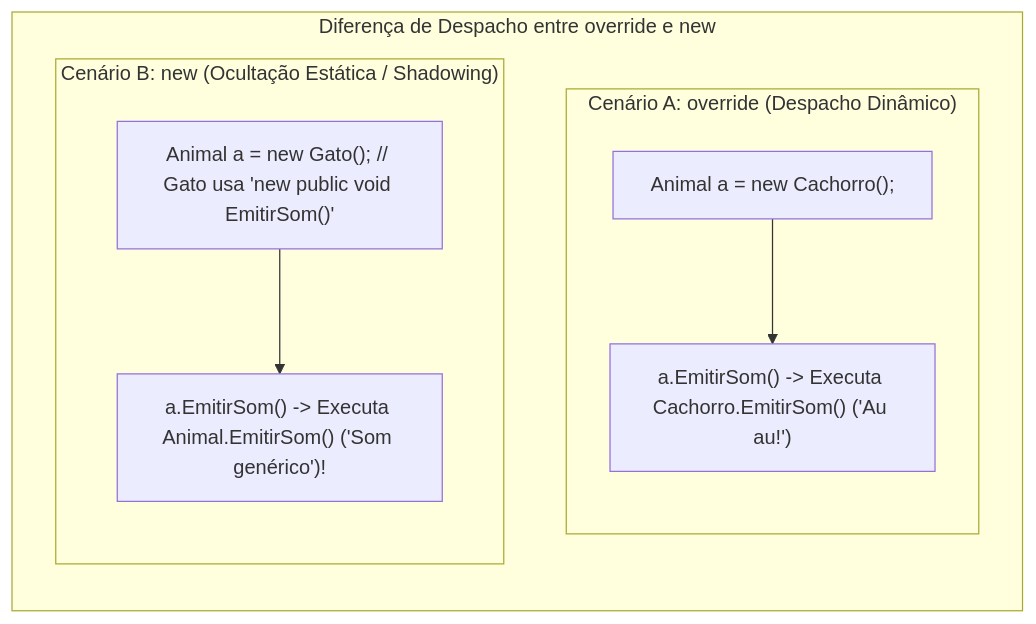
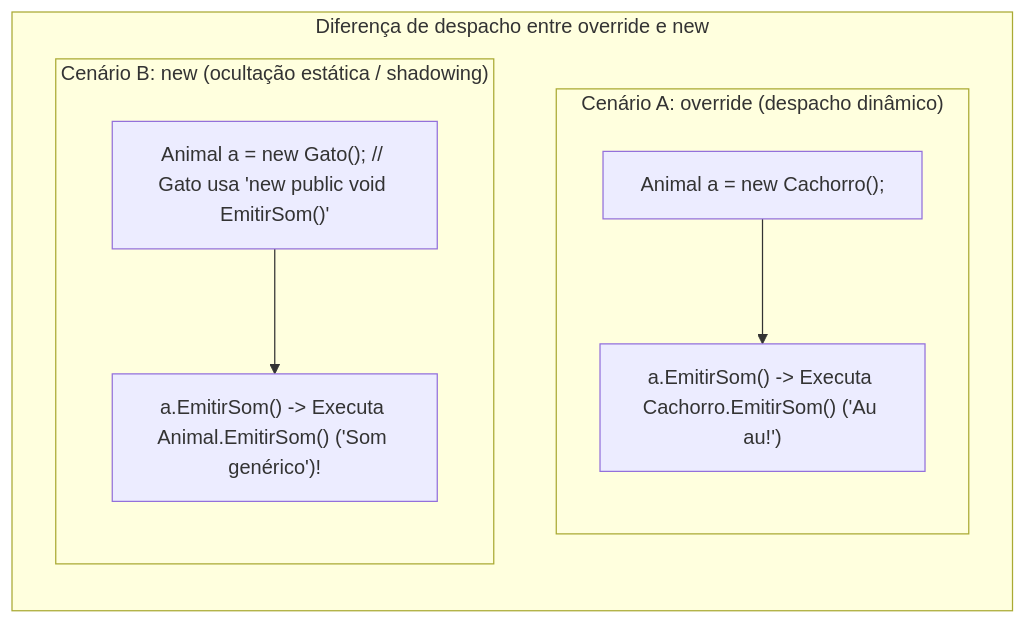
Before and after one commit to leorruas/puc: the ninth of 10 diagrams in 01. Programacao Modular/17. Sobreposição de métodos (virtual e override).md, drawn with Mermaid. The commit also changed other lines of this file and 3 other files, not shown here.

````diff
--- a/01. Programacao Modular/17. Sobreposição de métodos (virtual e override).md
+++ b/01. Programacao Modular/17. Sobreposição de métodos (virtual e override).md
@@ -359,20 +398,20 @@
 ```mermaid
 flowchart TD
-    subgraph OverrideVsNew ["Diferença de Despacho entre override e new"]
+    subgraph OverrideVsNew ["Diferença de despacho entre override e new"]
         direction TB
 
-        subgraph CenárioOverride ["Cenário A: override (Despacho Dinâmico)"]
+        subgraph CenárioOverride ["Cenário A: override (despacho dinâmico)"]
             direction TB
             CO1["Animal a = new Cachorro();"]
             CO2["a.EmitirSom() -> Executa Cachorro.EmitirSom() ('Au au!')"]
             CO1 --> CO2
         end
 
-        subgraph CenárioNew ["Cenário B: new (Ocultação Estática / Shadowing)"]
+        subgraph CenárioNew ["Cenário B: new (ocultação estática / shadowing)"]
             direction TB
             CN1["Animal a = new Gato(); // Gato usa 'new public void EmitirSom()'"]
             CN2["a.EmitirSom() -> Executa Animal.EmitirSom() ('Som genérico')!"]
             CN1 --> CN2
         end
     end
 ```
````
